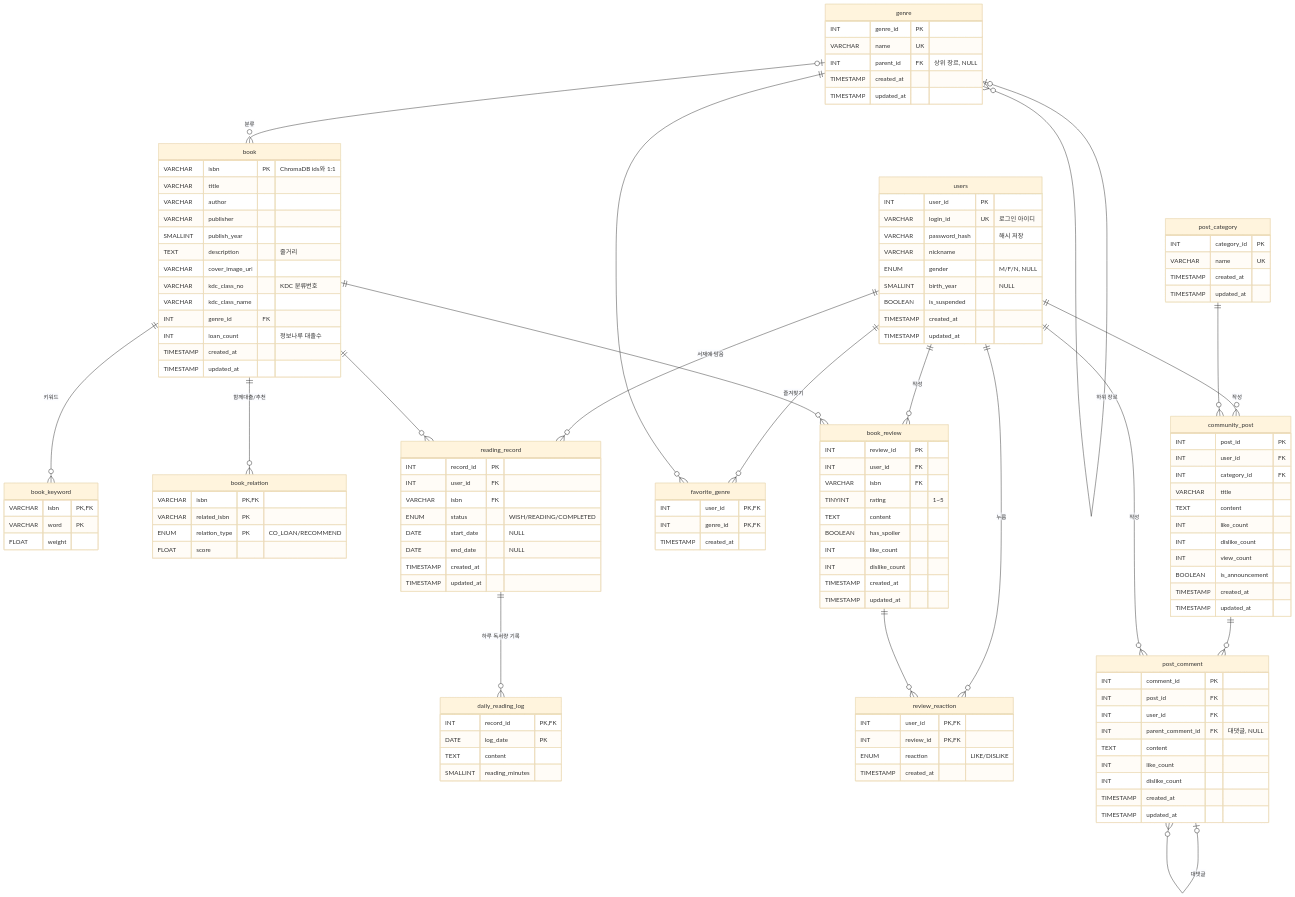
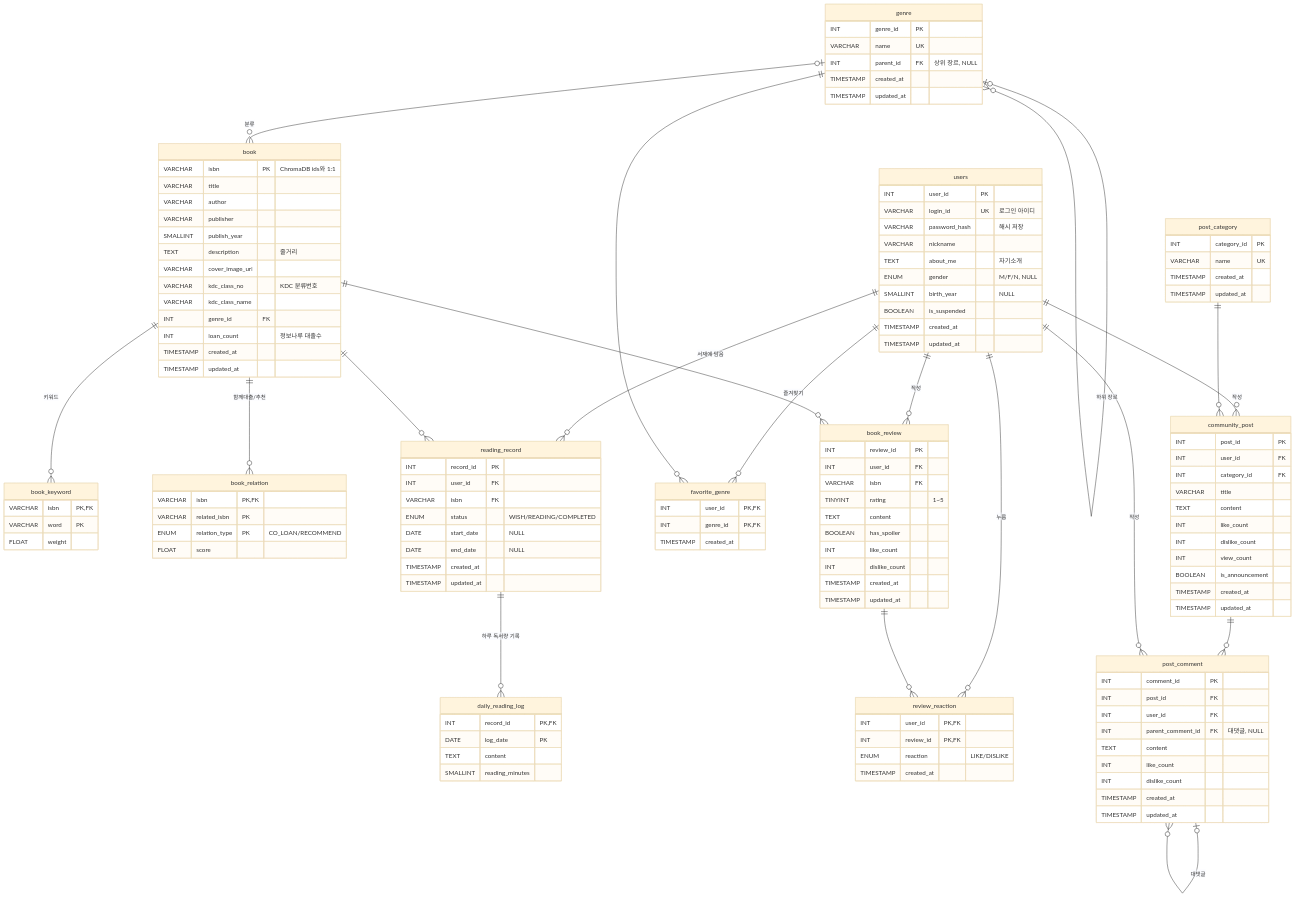
One commit to wjddb28/Read_it changed the diagram in docs/ERD.md. Above: the diagram before and after it, drawn with Mermaid (base theme). The commit also changed 16 other files, not shown here.

```diff
--- a/docs/ERD.md
+++ b/docs/ERD.md
@@ -9,6 +9,7 @@
         VARCHAR login_id UK "로그인 아이디"
         VARCHAR password_hash "해시 저장"
         VARCHAR nickname
+        TEXT about_me "자기소개"
         ENUM gender "M/F/N, NULL"
         SMALLINT birth_year "NULL"
         BOOLEAN is_suspended
```
